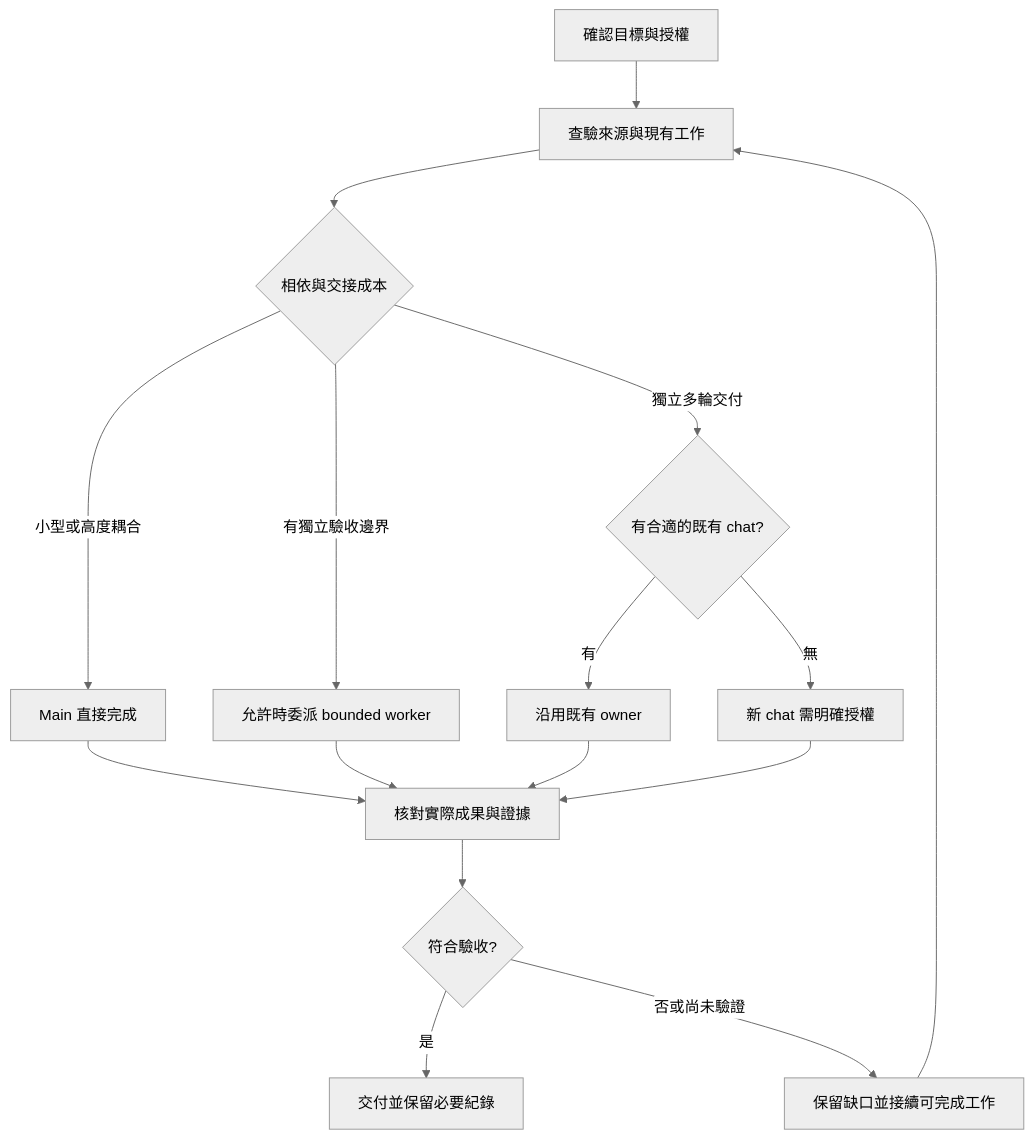
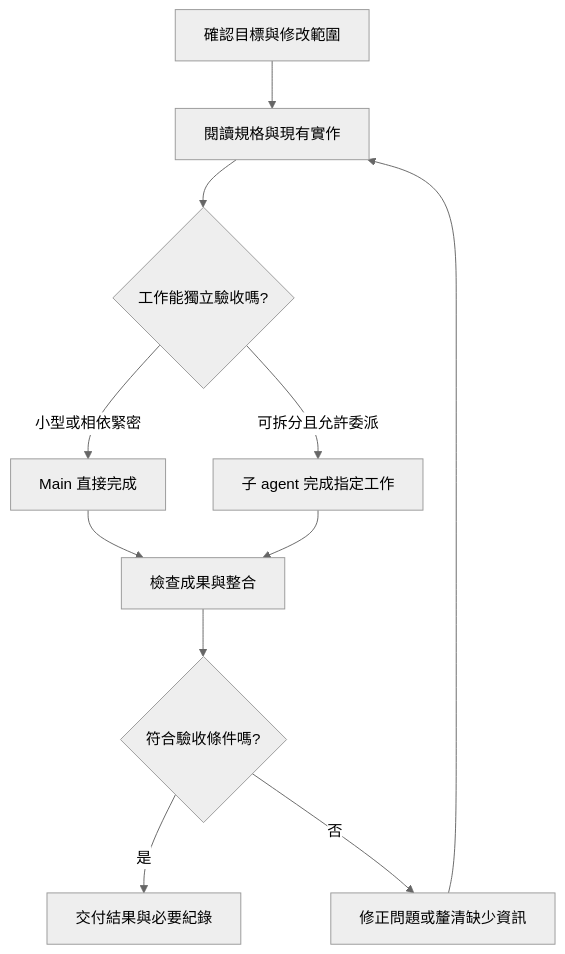
The diagram in workflow.md (gaze9999/codex-playbook), drawn with Mermaid (neutral theme) before and after one commit. The commit also changed other lines of this file and 3 other files, not shown here.

````diff
--- a/workflow.md
+++ b/workflow.md
@@ -5,18 +5,13 @@
 ```mermaid
 flowchart TD
-    A[確認目標與授權] --> B[查驗來源與現有工作]
-    B --> C{相依與交接成本}
-    C -->|小型或高度耦合| D[Main 直接完成]
-    C -->|有獨立驗收邊界| E[允許時委派 bounded worker]
-    C -->|獨立多輪交付| F{有合適的既有 chat?}
-    F -->|有| L[沿用既有 owner]
-    F -->|無| G[新 chat 需明確授權]
-    D --> H[核對實際成果與證據]
-    E --> H
-    L --> H
-    G --> H
-    H --> I{符合驗收?}
-    I -->|是| J[交付並保留必要紀錄]
-    I -->|否或尚未驗證| K[保留缺口並接續可完成工作]
-    K --> B
+    A[確認目標與修改範圍] --> B[閱讀規格與現有實作]
+    B --> C{工作能獨立驗收嗎?}
+    C -->|小型或相依緊密| D[Main 直接完成]
+    C -->|可拆分且允許委派| E[子 agent 完成指定工作]
+    D --> F[檢查成果與整合]
+    E --> F
+    F --> G{符合驗收條件嗎?}
+    G -->|是| H[交付結果與必要紀錄]
+    G -->|否| I[修正問題或釐清缺少資訊]
+    I --> B
 ```
````
